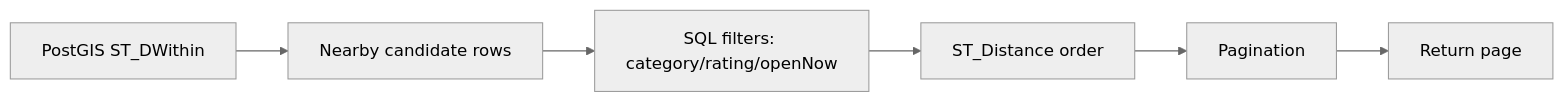
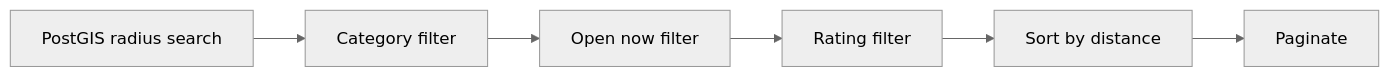
Before and after one commit to mthaiseer/springcloud-systemdesign-notes: diagram 14 of 18 in HLD_NOTES/004_INTERVIEW_PROBLEMS/013_proximity_service_visual_notes.md, drawn with Mermaid (neutral theme). The commit also changed other lines of this file and 1 other file, not shown here.

````diff
--- a/HLD_NOTES/004_INTERVIEW_PROBLEMS/013_proximity_service_visual_notes.md
+++ b/HLD_NOTES/004_INTERVIEW_PROBLEMS/013_proximity_service_visual_notes.md
@@ -732,8 +1016,8 @@
 ```mermaid
 flowchart LR
-    A[PostGIS ST_DWithin] --> B[Nearby candidate rows]
-    B --> C[SQL filters: category/rating/openNow]
-    C --> D[ST_Distance order]
-    D --> E[Pagination]
-    E --> F[Return page]
+    A[PostGIS radius search] --> B[Category filter]
+    B --> C[Open now filter]
+    C --> D[Rating filter]
+    D --> E[Sort by distance]
+    E --> F[Paginate]
 ```
````
